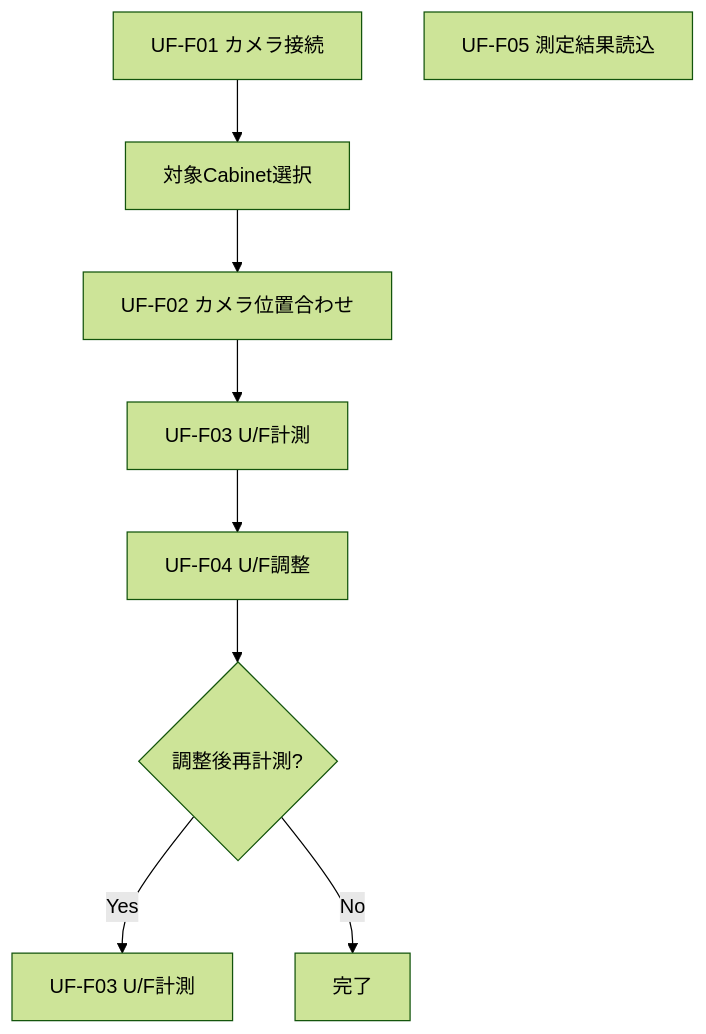
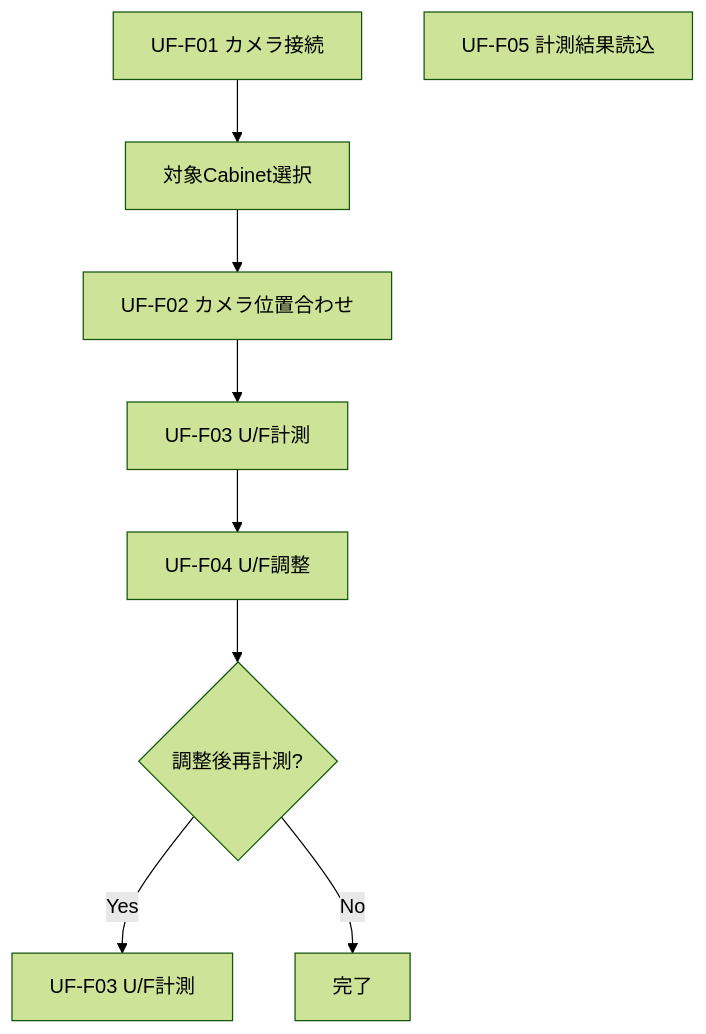
Before and after one commit to HottaTakayuki/ColorAlignmentSoftware: the third of 18 diagrams in docs/02-01.UfCamera/UfCamera_基本設計書.md, drawn with Mermaid (forest theme). The commit also changed other lines of this file and 69 other files, not shown here.

````diff
--- a/docs/02-01.UfCamera/UfCamera_基本設計書.md
+++ b/docs/02-01.UfCamera/UfCamera_基本設計書.md
@@ -136,11 +136,11 @@
 ```mermaid
 flowchart TD
     S0[UF-F01 カメラ接続] --> S1[対象Cabinet選択]
     S1 --> S2[UF-F02 カメラ位置合わせ]
     S2 --> S3[UF-F03 U/F計測]
     S3 --> S4[UF-F04 U/F調整]
     S4 --> S5{調整後再計測?}
     S5 -->|Yes| S6[UF-F03 U/F計測]
     S5 -->|No| S7[完了]
-    S8[UF-F05 測定結果読込]
+    S8[UF-F05 計測結果読込]
 ```
````
